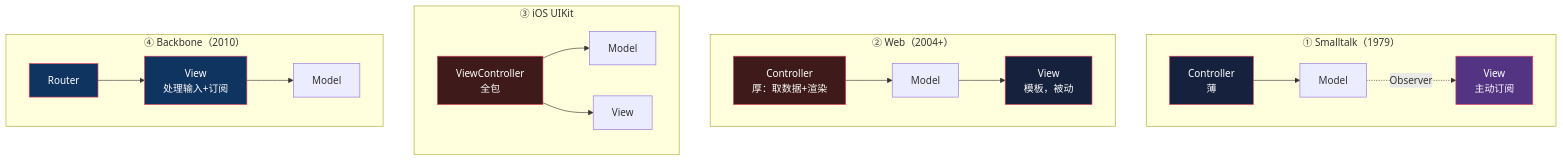
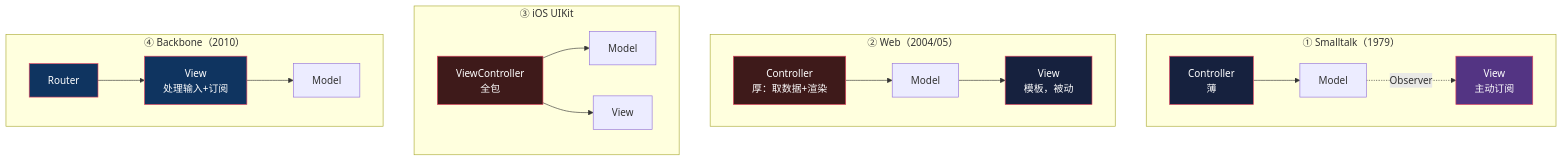
The third of 3 diagrams in architecture/app-architecture/05-mvc.md (qknow-0/blog), drawn with Mermaid before and after one commit. The commit also changed other lines of this file and 12 other files, not shown here.

````diff
--- a/architecture/app-architecture/05-mvc.md
+++ b/architecture/app-architecture/05-mvc.md
@@ -177,31 +183,31 @@
 ```mermaid
 flowchart TB
     subgraph V1["① Smalltalk（1979）"]
         direction LR
         A1["Controller<br/>薄"] --> A2["Model"] -.->|Observer| A3["View<br/>主动订阅"]
     end
 
-    subgraph V2["② Web（2004+）"]
+    subgraph V2["② Web（2004/05）"]
         direction LR
         B1["Controller<br/>厚：取数据+渲染"] --> B2["Model"] --> B3["View<br/>模板，被动"]
     end
 
     subgraph V3["③ iOS UIKit"]
         direction LR
         C1["ViewController<br/>全包"] --> C2["Model"]
         C1 --> C3["View"]
     end
 
     subgraph V4["④ Backbone（2010）"]
         direction LR
         D4["Router"] --> D1["View<br/>处理输入+订阅"] --> D2["Model"]
     end
 
     style A1 fill:#16213e,stroke:#e94560,color:#fff
     style A3 fill:#533483,stroke:#e94560,color:#fff
     style B1 fill:#3e1a1a,stroke:#e94560,color:#fff
     style B3 fill:#16213e,stroke:#e94560,color:#fff
     style C1 fill:#3e1a1a,stroke:#e94560,color:#fff
     style D1 fill:#0f3460,stroke:#e94560,color:#fff
     style D4 fill:#0f3460,stroke:#e94560,color:#fff
 ```
````
